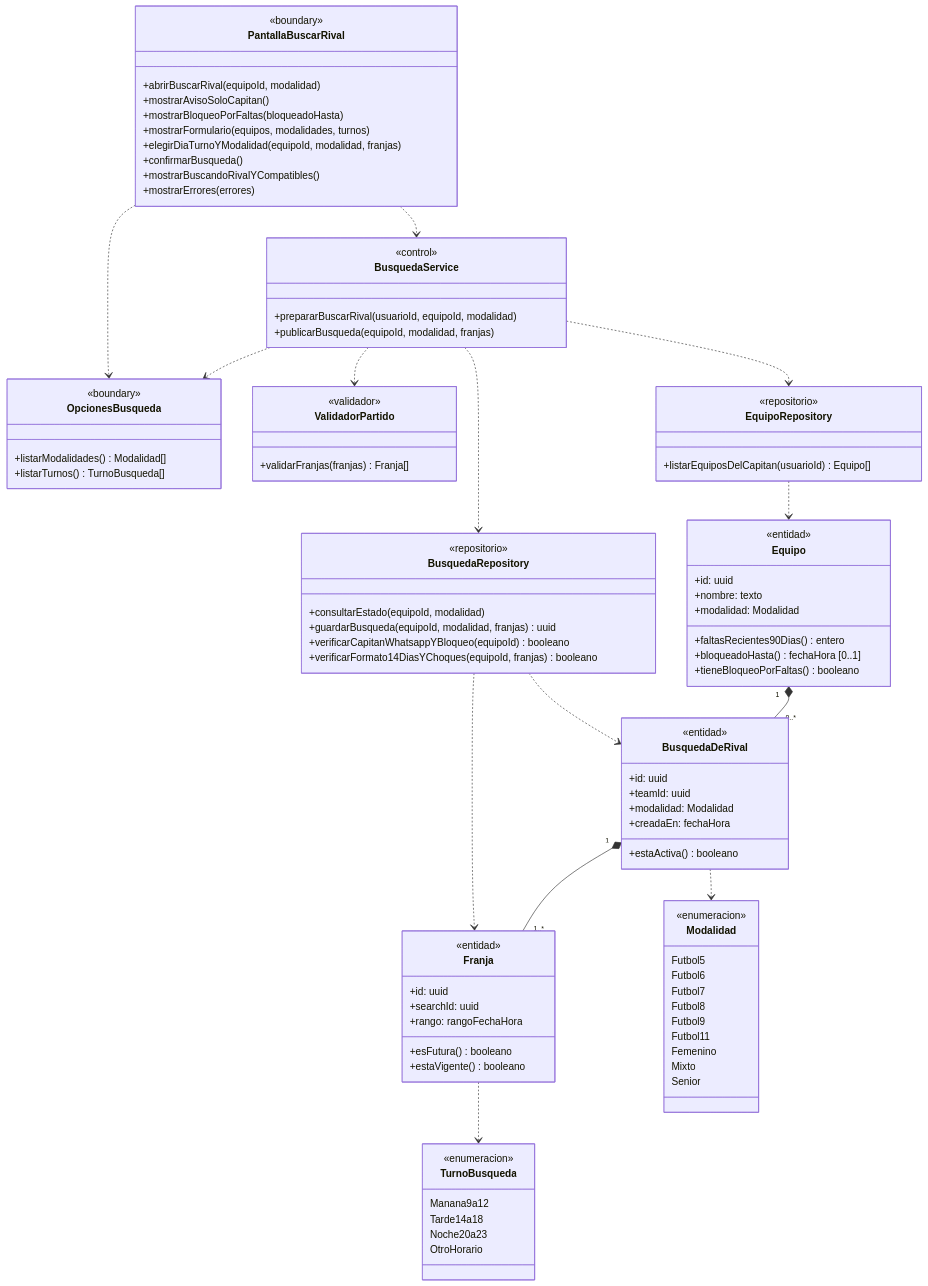
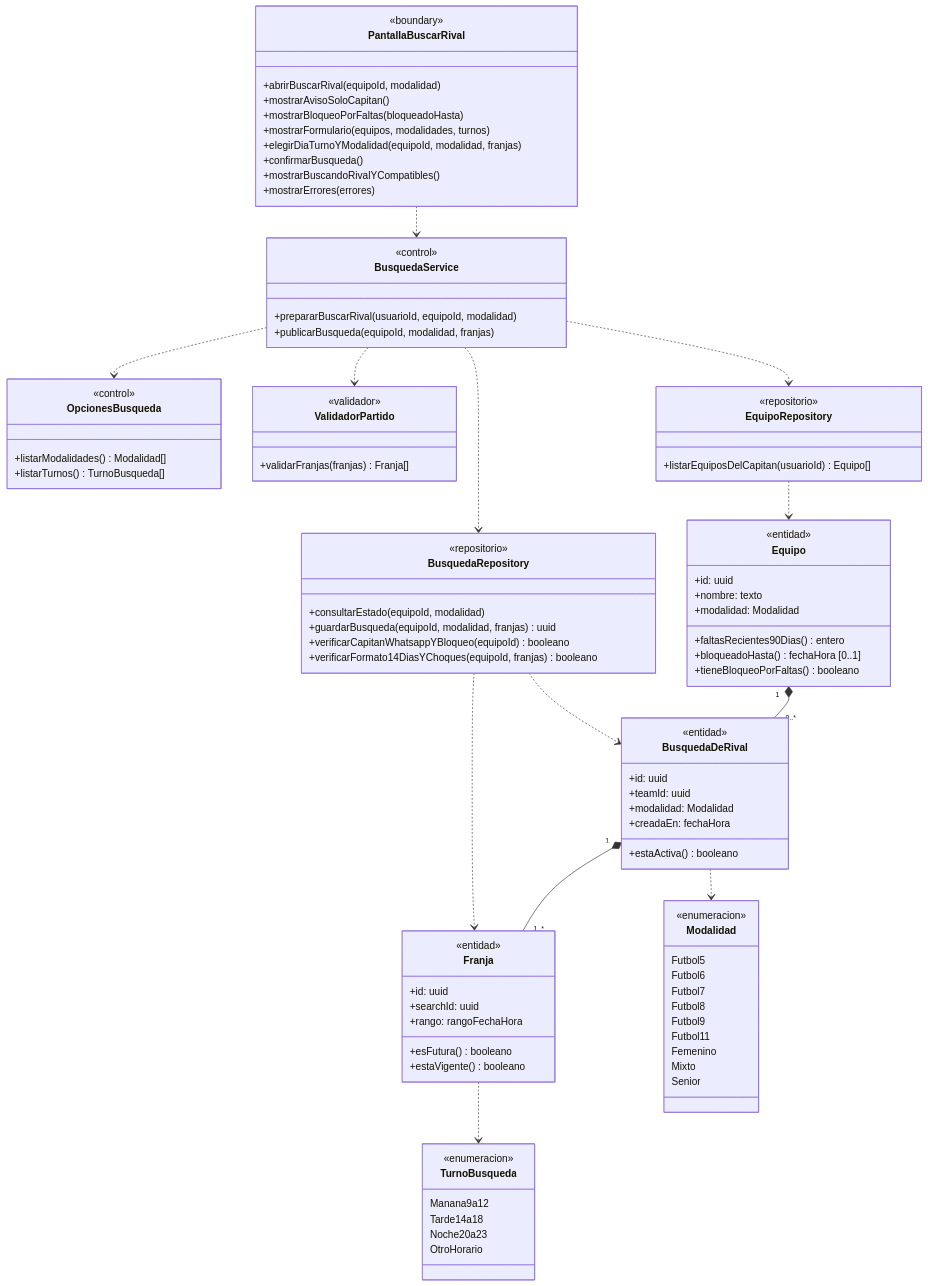
One commit to nicqletal/torneos-scraper changed the second of 15 diagrams in docs/diagramas-de-clase/partidos.md. Above: the diagram before and after it, drawn with Mermaid. The commit also changed other lines of this file and 12 other files, not shown here.

First line of the commit message:
docs(diagramas-de-clase): alinear métodos con secuencias, unificar capas y limpiar etiquetas en flechas

```diff
--- a/docs/diagramas-de-clase/partidos.md
+++ b/docs/diagramas-de-clase/partidos.md
@@ -196,7 +196,7 @@
   +mostrarErrores(errores)
 }
 class OpcionesBusqueda {
-  <<boundary>>
+  <<control>>
   +listarModalidades() Modalidad[]
   +listarTurnos() TurnoBusqueda[]
 }
@@ -264,7 +264,6 @@
   Noche20a23
   OtroHorario
 }
-PantallaBuscarRival ..> OpcionesBusqueda
 PantallaBuscarRival ..> BusquedaService
 BusquedaService ..> OpcionesBusqueda
 BusquedaService ..> EquipoRepository
```
